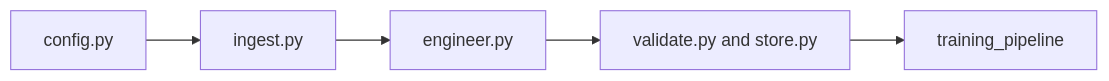
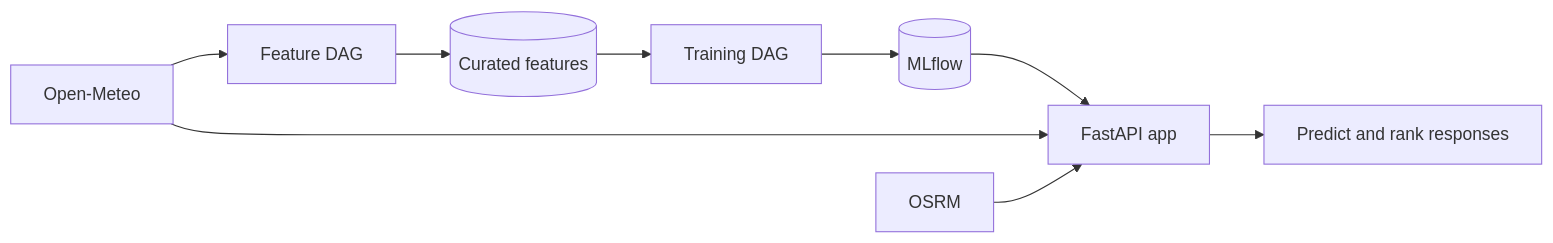
One commit to javihslu/foehncast changed the diagram in docs/site/milestones/ms2.md. Above: the diagram before and after it, drawn with Mermaid. The commit also changed other lines of this file and 77 other files, not shown here.

````diff
--- a/docs/site/milestones/ms2.md
+++ b/docs/site/milestones/ms2.md
@@ -29,7 +9,11 @@
 ```mermaid
 flowchart LR
-    CFG[config.py] --> ING[ingest.py]
-    ING --> ENG[engineer.py]
-    ENG --> NEXT[validate.py and store.py]
-    NEXT --> TRAIN[training_pipeline]
+    OME[Open-Meteo] --> FEAT[Feature DAG]
+    FEAT --> PAR[(Curated features)]
+    PAR --> TRAIN[Training DAG]
+    TRAIN --> MLF[(MLflow)]
+    MLF --> APP[FastAPI app]
+    OME --> APP
+    OSRM[OSRM] --> APP
+    APP --> OUT[Predict and rank responses]
 ```
````
